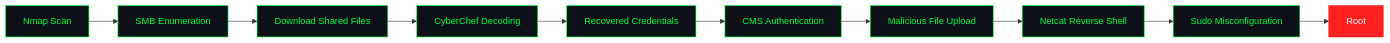
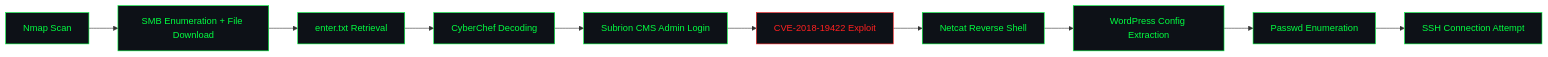
The diagram in Tech_Supp0rt: 1{THM}/README.MD (vetementsvmnts/CTF-Writeups), drawn with Mermaid before and after one commit. The commit also changed other lines of this file, not shown here.

````diff
--- a/Tech_Supp0rt: 1{THM}/README.MD
+++ b/Tech_Supp0rt: 1{THM}/README.MD
@@ -44,23 +45,23 @@
 ```mermaid
 flowchart LR
-    A[Nmap Scan] --> B[SMB Enumeration]
-    B --> C[Download Shared Files]
+    A[Nmap Scan] --> B[SMB Enumeration + File Download]
+    B --> C[enter.txt Retrieval]
     C --> D[CyberChef Decoding]
-    D --> E[Recovered Credentials]
-    E --> F[CMS Authentication]
-    F --> G[Malicious File Upload]
-    G --> H[Netcat Reverse Shell]
-    H --> I[Sudo Misconfiguration]
-    I --> J[Root]
+    D --> E[Subrion CMS Admin Login]
+    E --> F[CVE-2018-19422 Exploit]
+    F --> G[Netcat Reverse Shell]
+    G --> H[WordPress Config Extraction]
+    H --> I[Passwd Enumeration]
+    I --> J[SSH Connection Attempt]
 
     style A fill:#0d1117,stroke:#00FF41,color:#00FF41
     style B fill:#0d1117,stroke:#00FF41,color:#00FF41
     style C fill:#0d1117,stroke:#00FF41,color:#00FF41
     style D fill:#0d1117,stroke:#00FF41,color:#00FF41
     style E fill:#0d1117,stroke:#00FF41,color:#00FF41
-    style F fill:#0d1117,stroke:#00FF41,color:#00FF41
+    style F fill:#0d1117,stroke:#ff2020,color:#ff2020
     style G fill:#0d1117,stroke:#00FF41,color:#00FF41
     style H fill:#0d1117,stroke:#00FF41,color:#00FF41
     style I fill:#0d1117,stroke:#00FF41,color:#00FF41
-    style J fill:#ff2020,stroke:#ff2020,color:#fff
+    style J fill:#0d1117,stroke:#00FF41,color:#00FF41
 ```
````
